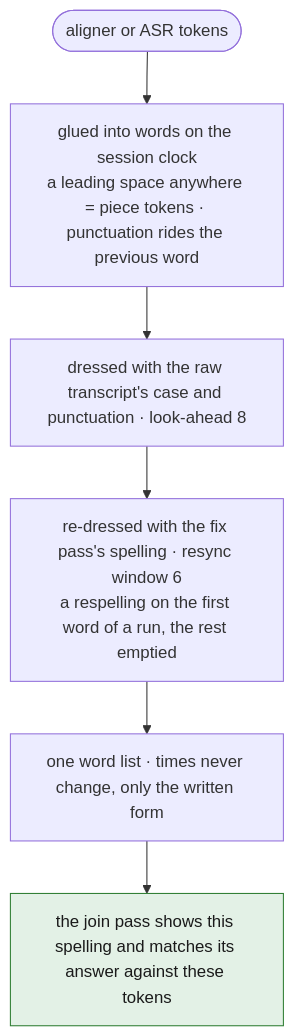
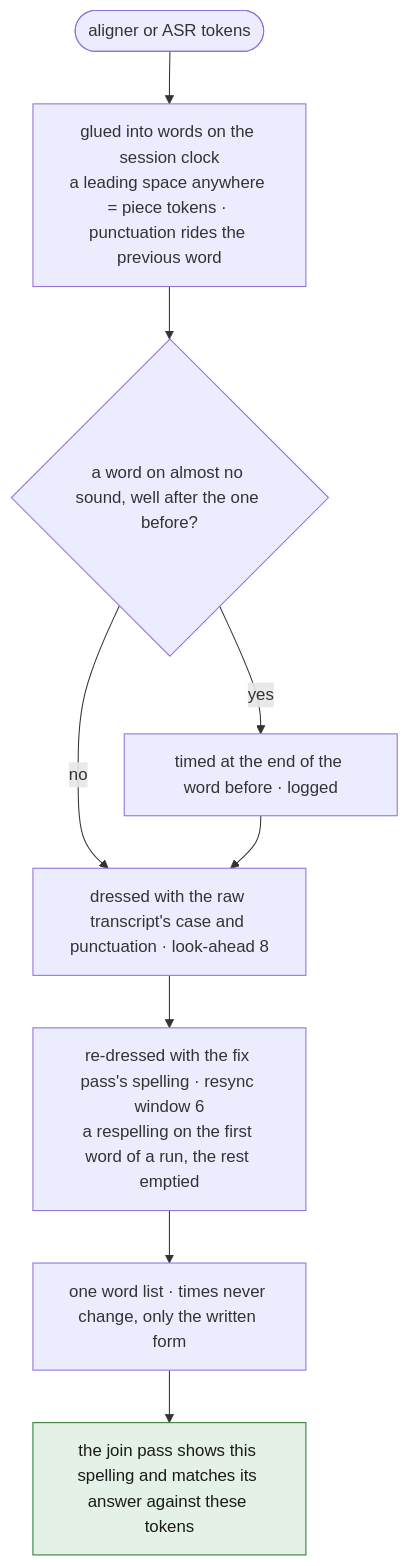
Diagram 12 of 12 in spec/04-prepare.md (tbocek/naivepost), drawn with Mermaid before and after one commit. The commit also changed other lines of this file and 24 other files, not shown here.

````diff
--- a/spec/04-prepare.md
+++ b/spec/04-prepare.md
@@ -365,11 +440,14 @@
 ```mermaid
 flowchart TD
   A(["aligner or ASR tokens"]) --> G["glued into words on the session clock<br/>a leading space anywhere = piece tokens · punctuation rides the previous word"]
-  G --> D1["dressed with the raw transcript's case and punctuation · look-ahead 8"]
+  G --> ST{"a word on almost no sound, well after the one before?"}
+  ST -- yes --> RT["timed at the end of the word before · logged"]
+  ST -- no --> D1
+  RT --> D1["dressed with the raw transcript's case and punctuation · look-ahead 8"]
   D1 --> D2["re-dressed with the fix pass's spelling · resync window 6<br/>a respelling on the first word of a run, the rest emptied"]
   D2 --> L["one word list · times never change, only the written form"]
   L --> USE["the join pass shows this spelling and matches its answer against these tokens"]:::done
   classDef refuse fill:#fde2e1,stroke:#c01c28,color:#1a1a1a
   classDef done fill:#e3f1e6,stroke:#2e7d32,color:#1a1a1a
   classDef ask fill:#e8eefc,stroke:#3a63c8,color:#1a1a1a
 ```
````
